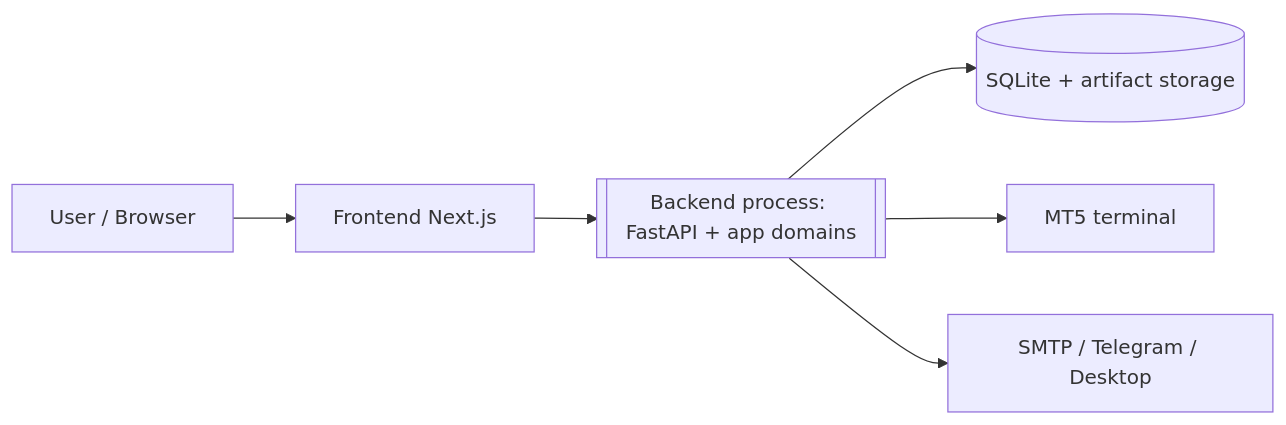
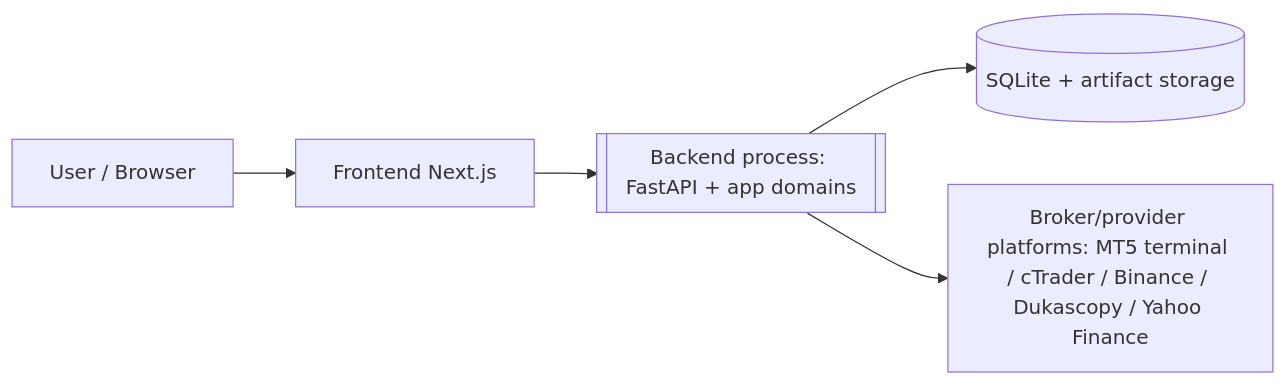
One commit to haruperi/HaruQuantAI changed the fifth of 5 diagrams in docs/PROJECT.md. Above: the diagram before and after it, drawn with Mermaid. The commit also changed other lines of this file and 83 other files, not shown here.

````diff
--- a/docs/PROJECT.md
+++ b/docs/PROJECT.md
@@ -655,8 +910,7 @@
 ```mermaid
 flowchart LR
     U[User / Browser] --> FE[Frontend Next.js]
     FE --> BE[[Backend process: FastAPI + app domains]]
     BE --> DB[(SQLite + artifact storage)]
-    BE --> MT5[MT5 terminal]
-    BE --> NOTIF[SMTP / Telegram / Desktop]
+    BE --> MT5[Broker/provider platforms: MT5 terminal / cTrader / Binance / Dukascopy / Yahoo Finance]
 ```
````
